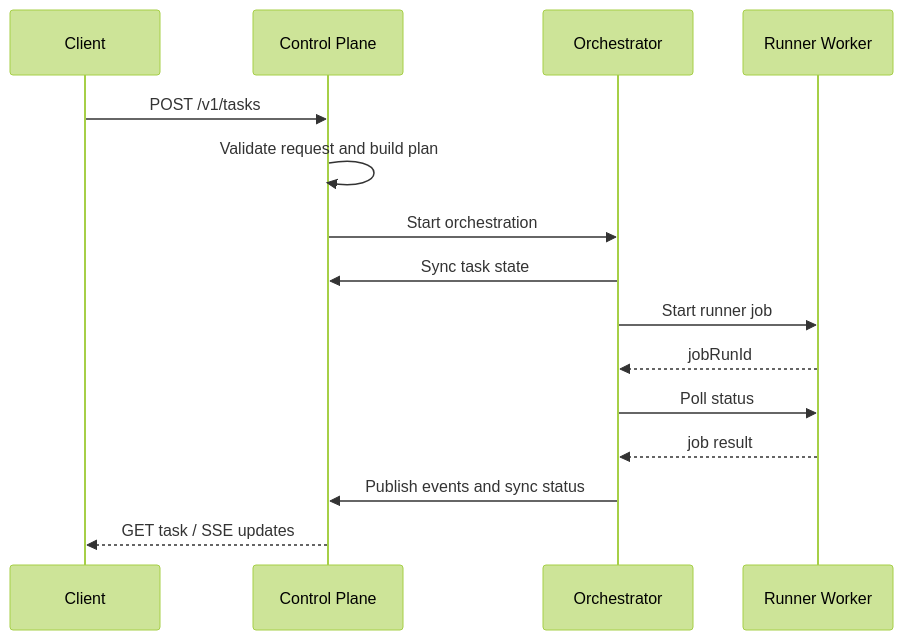
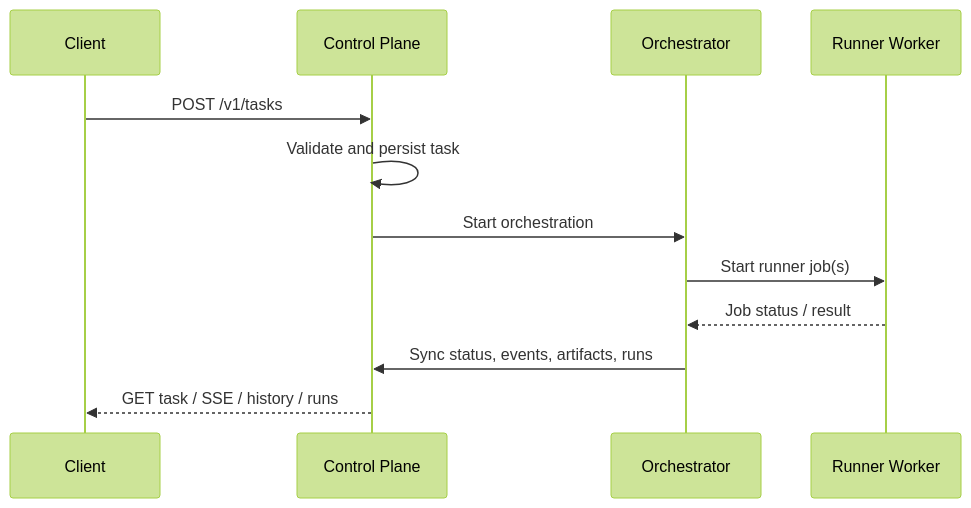
Before and after one commit to aldoapicella/flogo-agent-platform: the second of 4 diagrams in docs/architecture.md, drawn with Mermaid (forest theme). The commit also changed other lines of this file and 39 other files, not shown here.

````diff
--- a/docs/architecture.md
+++ b/docs/architecture.md
@@ -186,18 +252,15 @@
 ```mermaid
 sequenceDiagram
   participant Client
   participant CP as Control Plane
   participant O as Orchestrator
   participant RW as Runner Worker
 
   Client->>CP: POST /v1/tasks
-  CP->>CP: Validate request and build plan
+  CP->>CP: Validate and persist task
   CP->>O: Start orchestration
-  O->>CP: Sync task state
-  O->>RW: Start runner job
-  RW-->>O: jobRunId
-  O->>RW: Poll status
-  RW-->>O: job result
-  O->>CP: Publish events and sync status
-  CP-->>Client: GET task / SSE updates
+  O->>RW: Start runner job(s)
+  RW-->>O: Job status / result
+  O->>CP: Sync status, events, artifacts, runs
+  CP-->>Client: GET task / SSE / history / runs
 ```
````
